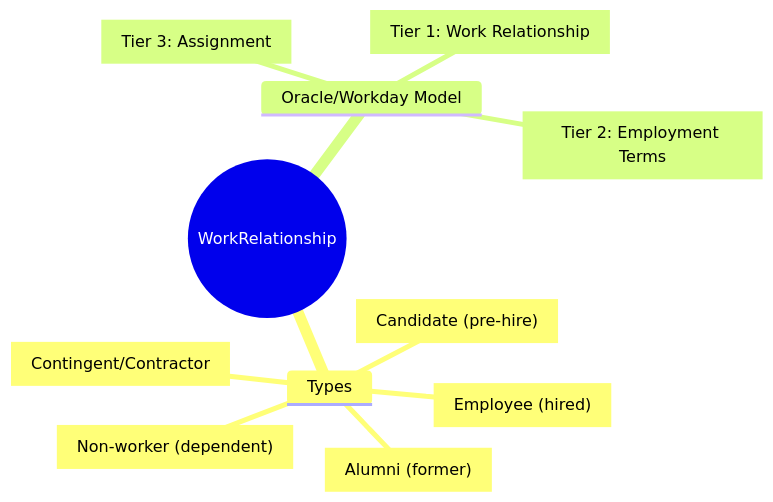
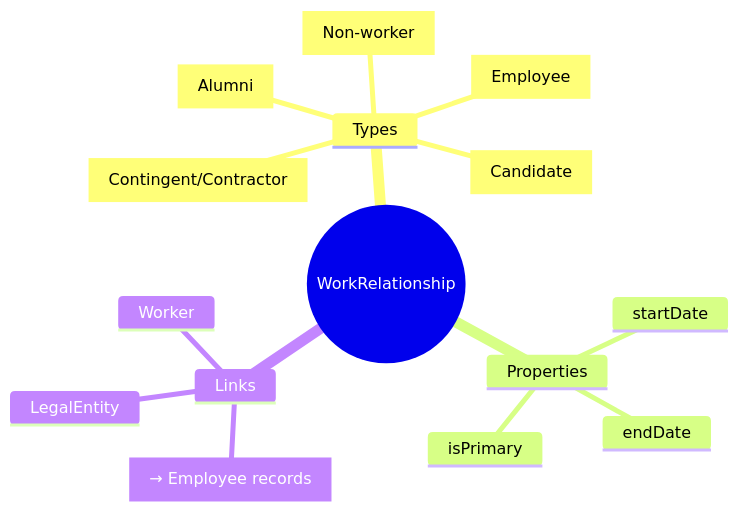
The first of 4 diagrams in docs/01-modules/CO/00-ontology/domain/work-relationship/work-relationship.onto.md (a4b-corporation/xTalent), drawn with Mermaid before and after one commit.

Commit message:
chore: sync docs from a4b-doc [skip ci]

````diff
--- a/docs/01-modules/CO/00-ontology/domain/work-relationship/work-relationship.onto.md
+++ b/docs/01-modules/CO/00-ontology/domain/work-relationship/work-relationship.onto.md
@@ -150,14 +150,18 @@
 ```mermaid
 mindmap
   root((WorkRelationship))
     Types
-      EMPLOYEE["Employee (hired)"]
+      EMPLOYEE["Employee"]
       CONTINGENT["Contingent/Contractor"]
-      CANDIDATE["Candidate (pre-hire)"]
-      ALUMNUS["Alumni (former)"]
-      NONWORKER["Non-worker (dependent)"]
-    Oracle/Workday Model
-      Tier1["Tier 1: Work Relationship"]
-      Tier2["Tier 2: Employment Terms"]
-      Tier3["Tier 3: Assignment"]
+      CANDIDATE["Candidate"]
+      ALUMNUS["Alumni"]
+      NONWORKER["Non-worker"]
+    Properties
+      startDate
+      endDate
+      isPrimary
+    Links
+      Worker
+      LegalEntity
+      Employee["→ Employee records"]
 ```
````
